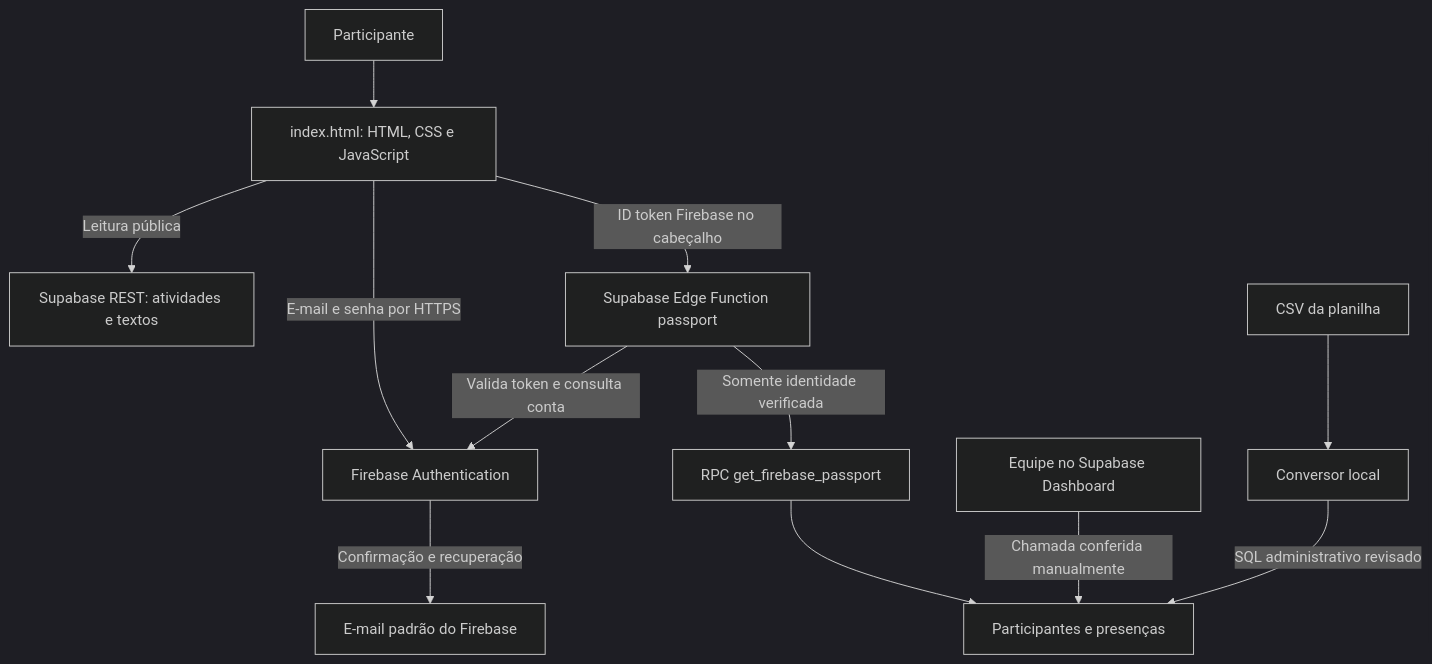
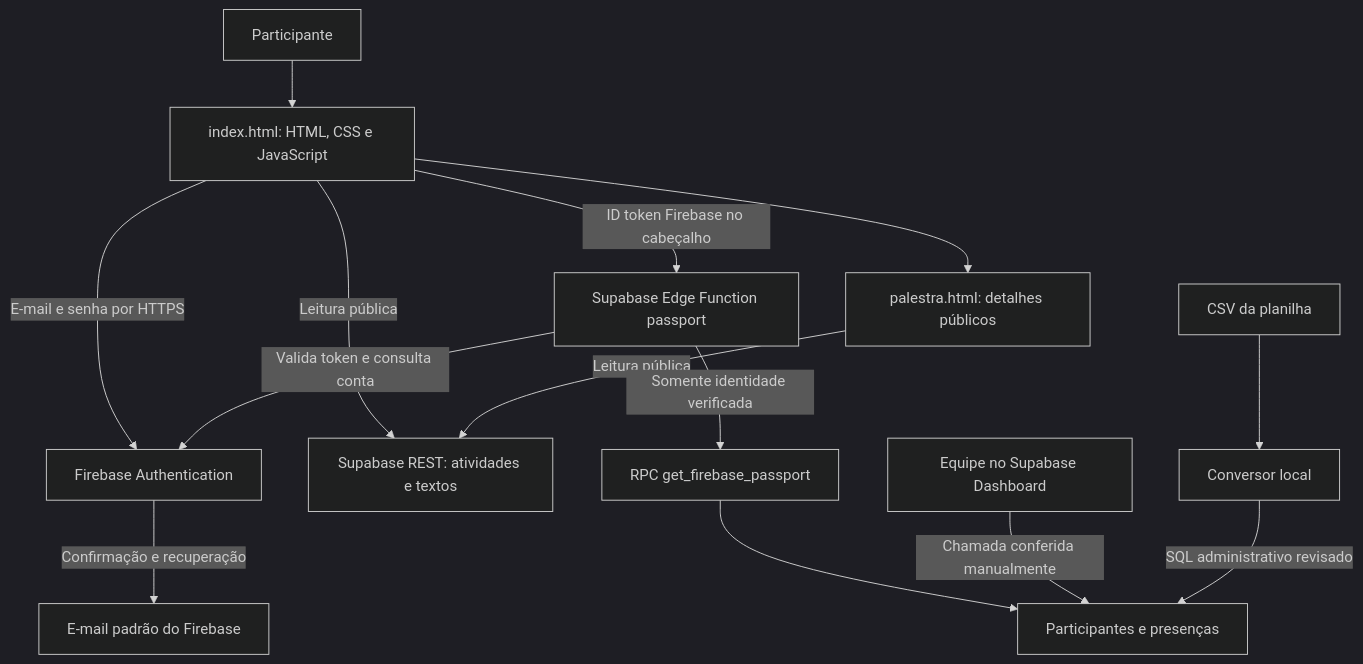
Before and after one commit to lipe-s-m/passaporteseccim: the diagram in DOCUMENTACAO.md, drawn with Mermaid (dark theme). The commit also changed other lines of this file and 15 other files, not shown here.

````diff
--- a/DOCUMENTACAO.md
+++ b/DOCUMENTACAO.md
@@ -21,14 +21,16 @@
 ```mermaid
 flowchart TD
     U[Participante] --> H[index.html: HTML, CSS e JavaScript]
+    H --> D[palestra.html: detalhes públicos]
     H -->|E-mail e senha por HTTPS| F[Firebase Authentication]
     F -->|Confirmação e recuperação| E[E-mail padrão do Firebase]
     H -->|Leitura pública| C[Supabase REST: atividades e textos]
+    D -->|Leitura pública| C
     H -->|ID token Firebase no cabeçalho| G[Supabase Edge Function passport]
     G -->|Valida token e consulta conta| F
     G -->|Somente identidade verificada| R[RPC get_firebase_passport]
     R --> P[Participantes e presenças]
     ADM[Equipe no Supabase Dashboard] -->|Chamada conferida manualmente| P
     CSV[CSV da planilha] --> I[Conversor local]
     I -->|SQL administrativo revisado| P
 ```
````
